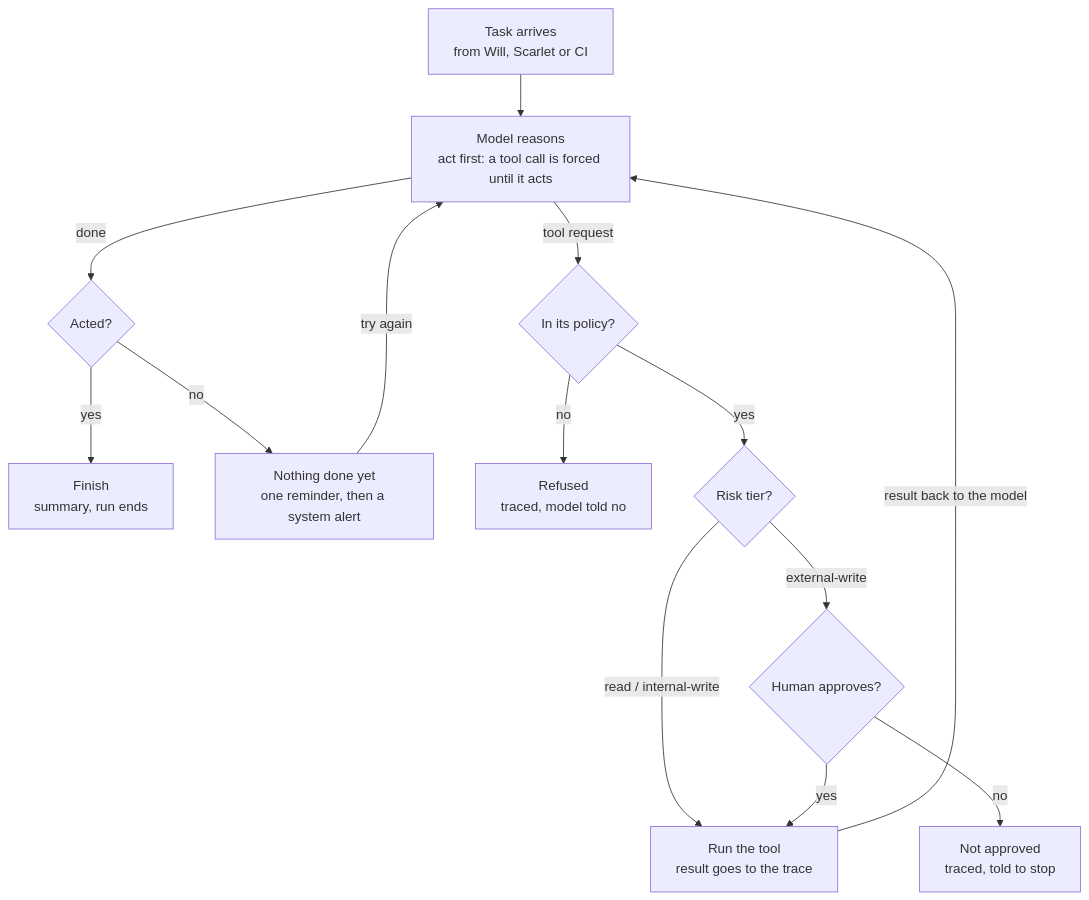
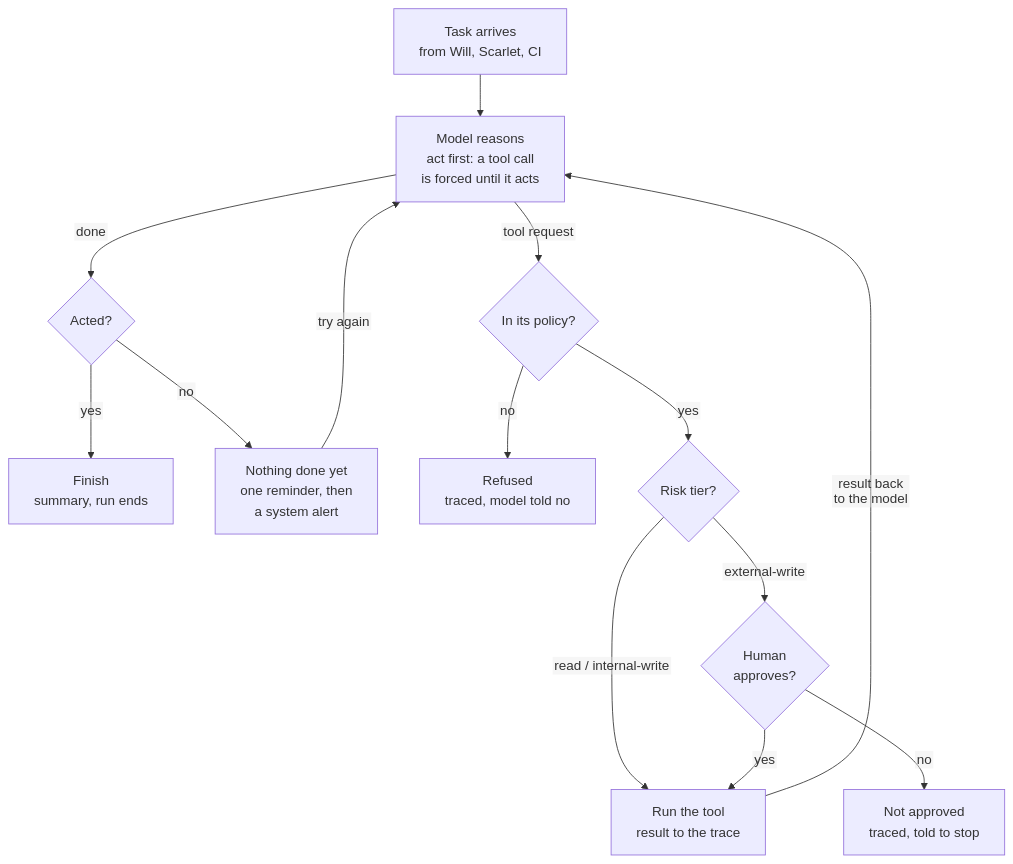
The first of 2 diagrams in 03-agents/README.md (willshchang/WSHC-ZTAI-Lab), drawn with Mermaid before and after one commit. The commit also changed other lines of this file and 3 other files, not shown here.

First line of the commit message:
docs: fix clipped diagram labels on GitHub

````diff
--- a/03-agents/README.md
+++ b/03-agents/README.md
@@ -45,16 +45,17 @@
 ```mermaid
+%%{init: {"flowchart": {"htmlLabels": false}}}%%
 flowchart TD
-    task["Task arrives<br/>from Will, Scarlet or CI"] --> model["Model reasons<br/>act first: a tool call is forced until it acts"]
+    task["Task arrives<br/>from Will, Scarlet, CI"] --> model["Model reasons<br/>act first: a tool call<br/>is forced until it acts"]
     model -->|"done"| acted{"Acted?"}
     acted -->|"yes"| finish["Finish<br/>summary, run ends"]
-    acted -->|"no"| remind["Nothing done yet<br/>one reminder, then a system alert"]
+    acted -->|"no"| remind["Nothing done yet<br/>one reminder, then<br/>a system alert"]
     remind -->|"try again"| model
     model -->|"tool request"| policy{"In its policy?"}
     policy -->|"no"| refused["Refused<br/>traced, model told no"]
     policy -->|"yes"| risk{"Risk tier?"}
-    risk -->|"read / internal-write"| run["Run the tool<br/>result goes to the trace"]
-    risk -->|"external-write"| human{"Human approves?"}
+    risk -->|"read / internal-write"| run["Run the tool<br/>result to the trace"]
+    risk -->|"external-write"| human{"Human<br/>approves?"}
     human -->|"yes"| run
     human -->|"no"| denied["Not approved<br/>traced, told to stop"]
-    run -->|"result back to the model"| model
+    run -->|"result back<br/>to the model"| model
 ```
````
